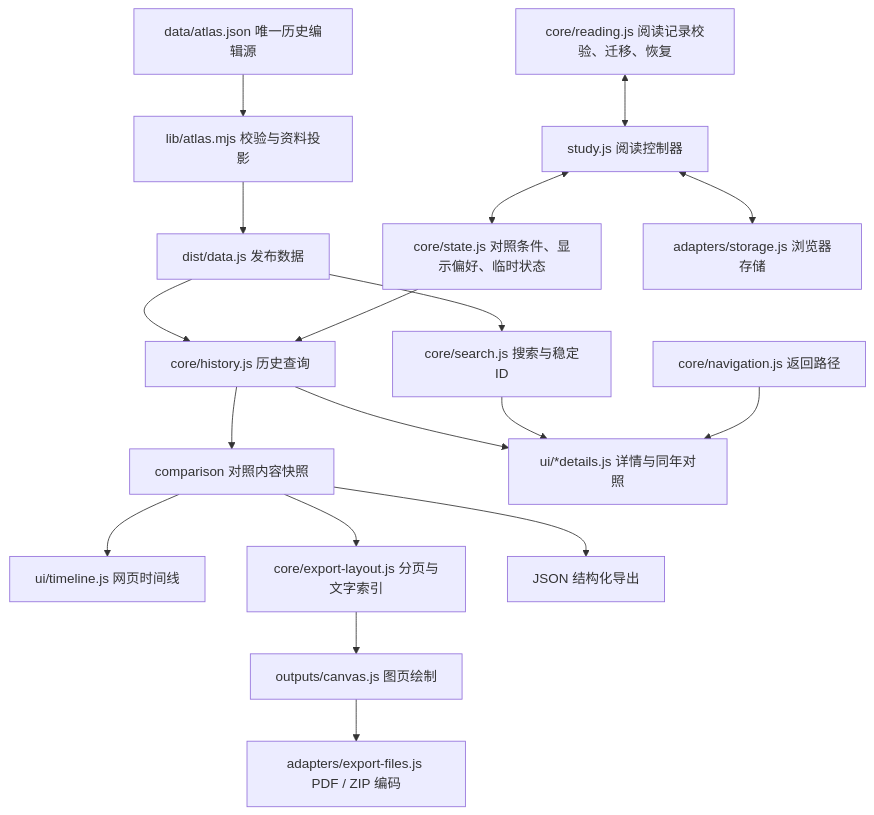
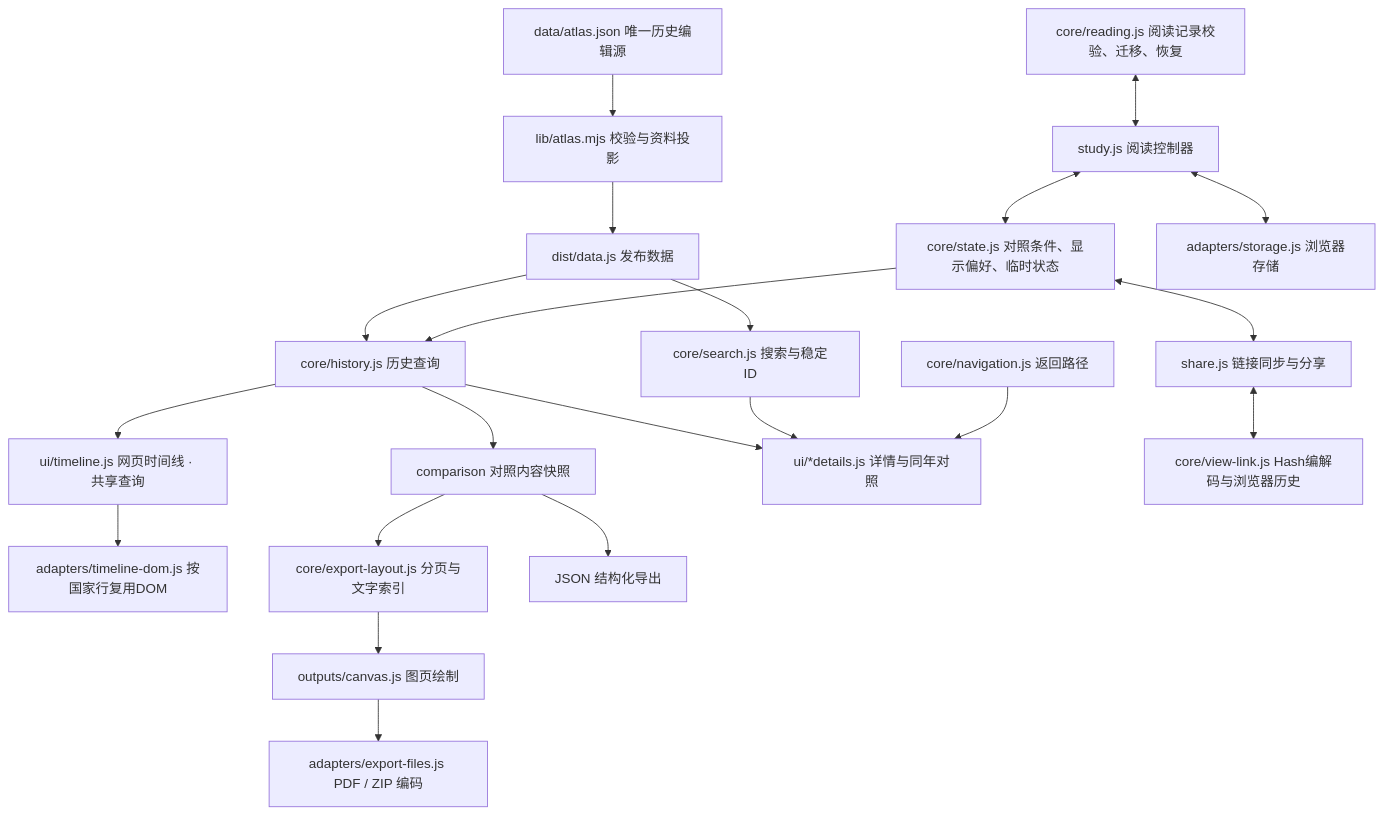
Before and after one commit to Chrunge/Chinese-Dynasty-Timeline: the diagram in docs/ARCHITECTURE.md, drawn with Mermaid. The commit also changed other lines of this file and 19 other files, not shown here.

First line of the commit message:
Publish timeline through GitHub Pages with shared view links

````diff
--- a/docs/ARCHITECTURE.md
+++ b/docs/ARCHITECTURE.md
@@ -5,20 +5,23 @@
 ```mermaid
 flowchart TB
   A["data/atlas.json 唯一历史编辑源"] --> B["lib/atlas.mjs 校验与资料投影"]
   B --> C["dist/data.js 发布数据"]
   C --> H["core/history.js 历史查询"]
   C --> S["core/search.js 搜索与稳定ID"]
   U["core/state.js 对照条件、显示偏好、临时状态"] --> H
   H --> M["comparison 对照内容快照"]
-  M --> W["ui/timeline.js 网页时间线"]
+  H --> W["ui/timeline.js 网页时间线 · 共享查询"]
+  W --> K["adapters/timeline-dom.js 按国家行复用DOM"]
   M --> E["core/export-layout.js 分页与文字索引"]
   M --> J["JSON 结构化导出"]
   E --> P["outputs/canvas.js 图页绘制"]
   P --> F["adapters/export-files.js PDF / ZIP 编码"]
   H --> D["ui/*details.js 详情与同年对照"]
   S --> D
   N["core/navigation.js 返回路径"] --> D
   R["core/reading.js 阅读记录校验、迁移、恢复"] <--> T["study.js 阅读控制器"]
   T <--> U
   T <--> L["adapters/storage.js 浏览器存储"]
+  U <--> V["share.js 链接同步与分享"]
+  V <--> X["core/view-link.js Hash编解码与浏览器历史"]
 ```
````
